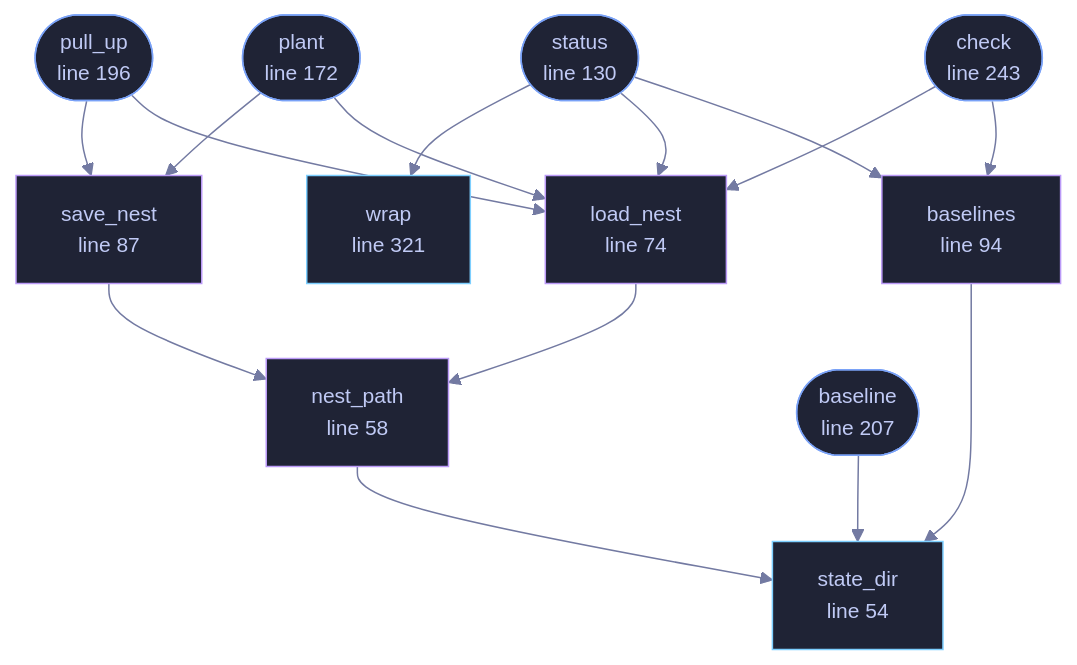
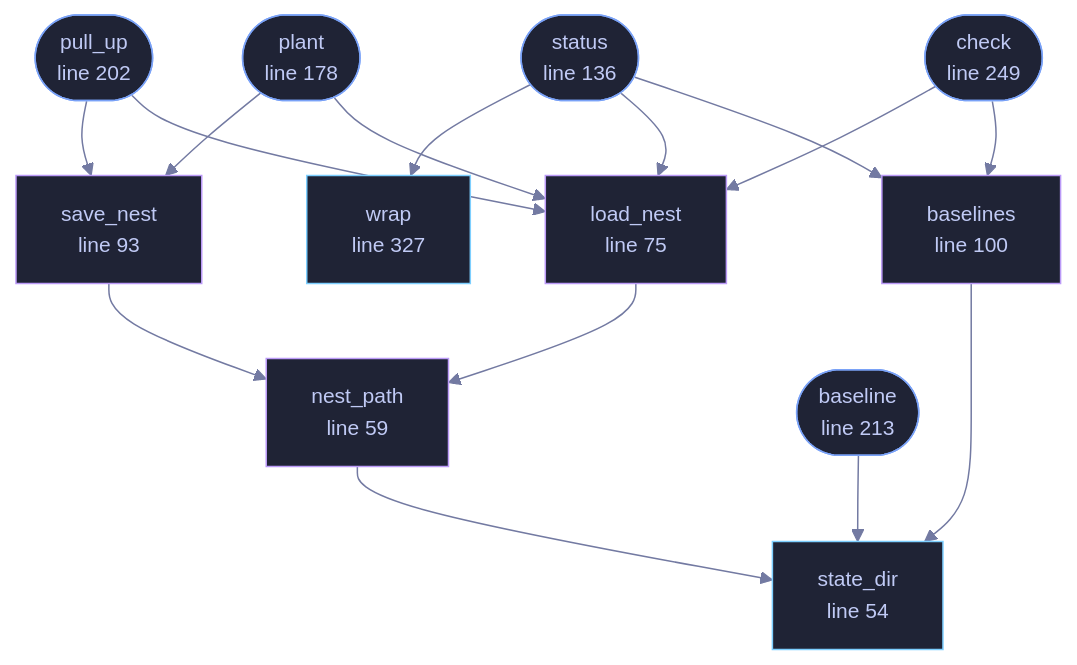
Before and after one commit to tilas01/veilvoice: the diagram in docs/files/veilvoice-cli/sentry.md, drawn with Mermaid. The commit also changed other lines of this file and 85 other files, not shown here.

````diff
--- a/docs/files/veilvoice-cli/sentry.md
+++ b/docs/files/veilvoice-cli/sentry.md
@@ -103,46 +103,46 @@
 ```mermaid
 %%{init: {"theme":"base","themeVariables":{"background":"#1a1b26","primaryColor":"#1f2335","primaryTextColor":"#c0caf5","primaryBorderColor":"#7aa2f7","secondaryColor":"#16161e","tertiaryColor":"#16161e","lineColor":"#737aa2","textColor":"#c0caf5","mainBkg":"#1f2335","nodeBorder":"#7aa2f7","clusterBkg":"#16161e","clusterBorder":"#2f3549","fontFamily":"ui-monospace, SFMono-Regular, Consolas, monospace","fontSize":"14px"}}}%%
 flowchart TD
     n_state_dir["state_dir<br/>line 54"]
-    n_nest_path["nest_path<br/>line 58"]
-    n_load_nest["load_nest<br/>line 74"]
-    n_save_nest["save_nest<br/>line 87"]
-    n_baselines["baselines<br/>line 94"]
-    n_status(["status<br/>line 130"])
-    n_plant(["plant<br/>line 172"])
-    n_pull_up(["pull_up<br/>line 196"])
-    n_baseline(["baseline<br/>line 207"])
-    n_check(["check<br/>line 243"])
-    n_wrap["wrap<br/>line 321"]
+    n_nest_path["nest_path<br/>line 59"]
+    n_load_nest["load_nest<br/>line 75"]
+    n_save_nest["save_nest<br/>line 93"]
+    n_baselines["baselines<br/>line 100"]
+    n_status(["status<br/>line 136"])
+    n_plant(["plant<br/>line 178"])
+    n_pull_up(["pull_up<br/>line 202"])
+    n_baseline(["baseline<br/>line 213"])
+    n_check(["check<br/>line 249"])
+    n_wrap["wrap<br/>line 327"]
     n_baseline --> n_state_dir
     n_baselines --> n_state_dir
     n_check --> n_baselines
     n_check --> n_load_nest
     n_load_nest --> n_nest_path
     n_nest_path --> n_state_dir
     n_plant --> n_load_nest
     n_plant --> n_save_nest
     n_pull_up --> n_load_nest
     n_pull_up --> n_save_nest
     n_save_nest --> n_nest_path
     n_status --> n_baselines
     n_status --> n_load_nest
     n_status --> n_wrap
     click n_state_dir href "https://github.com/tilas01/veilvoice/blob/main/crates/veilvoice-cli/src/sentry.rs#L54" "open the source"
-    click n_nest_path href "https://github.com/tilas01/veilvoice/blob/main/crates/veilvoice-cli/src/sentry.rs#L58" "open the source"
-    click n_load_nest href "https://github.com/tilas01/veilvoice/blob/main/crates/veilvoice-cli/src/sentry.rs#L74" "open the source"
-    click n_save_nest href "https://github.com/tilas01/veilvoice/blob/main/crates/veilvoice-cli/src/sentry.rs#L87" "open the source"
-    click n_baselines href "https://github.com/tilas01/veilvoice/blob/main/crates/veilvoice-cli/src/sentry.rs#L94" "open the source"
-    click n_status href "https://github.com/tilas01/veilvoice/blob/main/crates/veilvoice-cli/src/sentry.rs#L130" "open the source"
-    click n_plant href "https://github.com/tilas01/veilvoice/blob/main/crates/veilvoice-cli/src/sentry.rs#L172" "open the source"
-    click n_pull_up href "https://github.com/tilas01/veilvoice/blob/main/crates/veilvoice-cli/src/sentry.rs#L196" "open the source"
-    click n_baseline href "https://github.com/tilas01/veilvoice/blob/main/crates/veilvoice-cli/src/sentry.rs#L207" "open the source"
-    click n_check href "https://github.com/tilas01/veilvoice/blob/main/crates/veilvoice-cli/src/sentry.rs#L243" "open the source"
-    click n_wrap href "https://github.com/tilas01/veilvoice/blob/main/crates/veilvoice-cli/src/sentry.rs#L321" "open the source"
+    click n_nest_path href "https://github.com/tilas01/veilvoice/blob/main/crates/veilvoice-cli/src/sentry.rs#L59" "open the source"
+    click n_load_nest href "https://github.com/tilas01/veilvoice/blob/main/crates/veilvoice-cli/src/sentry.rs#L75" "open the source"
+    click n_save_nest href "https://github.com/tilas01/veilvoice/blob/main/crates/veilvoice-cli/src/sentry.rs#L93" "open the source"
+    click n_baselines href "https://github.com/tilas01/veilvoice/blob/main/crates/veilvoice-cli/src/sentry.rs#L100" "open the source"
+    click n_status href "https://github.com/tilas01/veilvoice/blob/main/crates/veilvoice-cli/src/sentry.rs#L136" "open the source"
+    click n_plant href "https://github.com/tilas01/veilvoice/blob/main/crates/veilvoice-cli/src/sentry.rs#L178" "open the source"
+    click n_pull_up href "https://github.com/tilas01/veilvoice/blob/main/crates/veilvoice-cli/src/sentry.rs#L202" "open the source"
+    click n_baseline href "https://github.com/tilas01/veilvoice/blob/main/crates/veilvoice-cli/src/sentry.rs#L213" "open the source"
+    click n_check href "https://github.com/tilas01/veilvoice/blob/main/crates/veilvoice-cli/src/sentry.rs#L249" "open the source"
+    click n_wrap href "https://github.com/tilas01/veilvoice/blob/main/crates/veilvoice-cli/src/sentry.rs#L327" "open the source"
     classDef entry fill:#1f2335,stroke:#7aa2f7,color:#c0caf5
     class n_status,n_plant,n_pull_up,n_baseline,n_check entry
     classDef api fill:#1f2335,stroke:#7dcfff,color:#c0caf5
     class n_state_dir,n_wrap api
     classDef helper fill:#1f2335,stroke:#bb9af7,color:#c0caf5
     class n_nest_path,n_load_nest,n_save_nest,n_baselines helper
 ```
````
